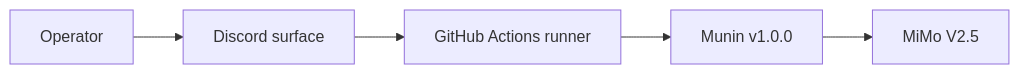
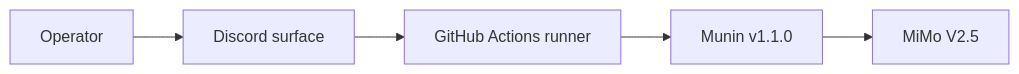
Before and after one commit to PrinceOfPwn/Munin: the second of 2 diagrams in MAP.md, drawn with Mermaid. The commit also changed other lines of this file and 14 other files, not shown here.

````diff
--- a/MAP.md
+++ b/MAP.md
@@ -72,7 +72,7 @@
 ```mermaid
 flowchart LR
   Operator --> Discord[Discord surface]
   Discord --> Actions[GitHub Actions runner]
-  Actions --> Munin[Munin v1.0.0]
+  Actions --> Munin[Munin v1.1.0]
   Munin --> MiMo[MiMo V2.5]
 ```
````
